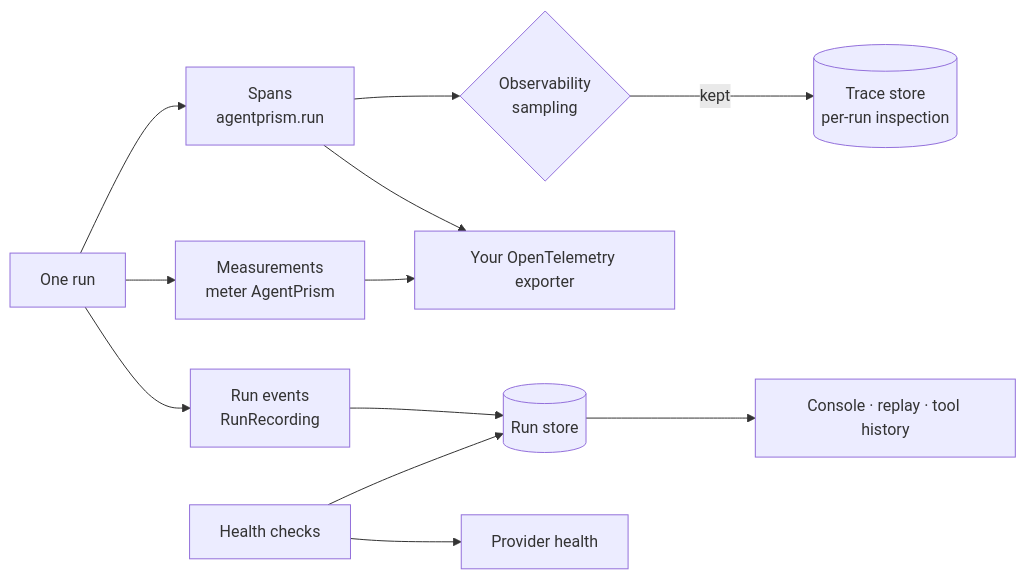
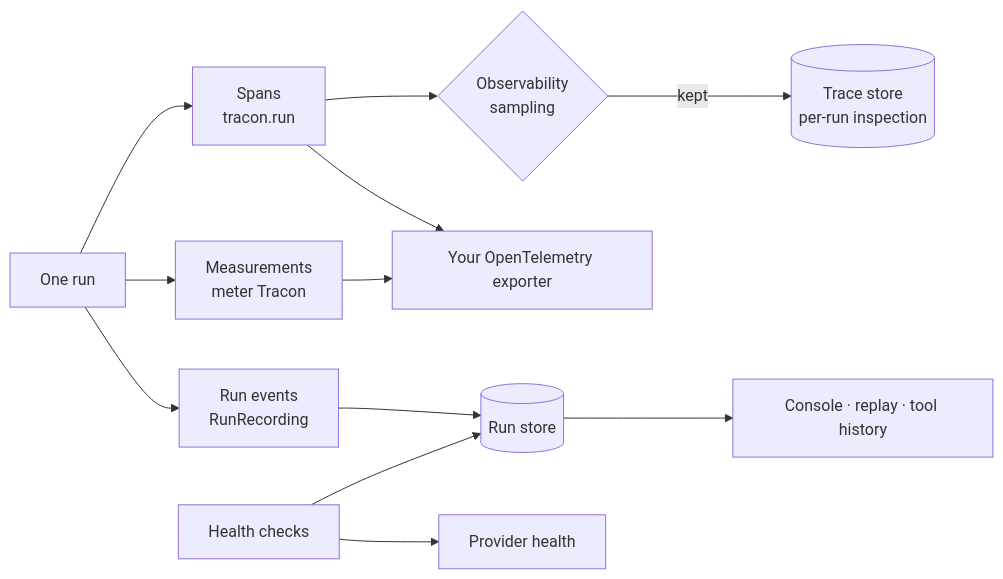
One commit to farukatasoy/Tracon changed the diagram in docs-site/src/content/docs/guides/observability.md. Above: the diagram before and after it, drawn with Mermaid. The commit also changed other lines of this file and 4170 other files, not shown here.

Commit message:
feat: rename the product from AgentPrism to Tracon

````diff
--- a/docs-site/src/content/docs/guides/observability.md
+++ b/docs-site/src/content/docs/guides/observability.md
@@ -14,16 +14,16 @@
 ```mermaid
 flowchart LR
     accTitle: Where each observability signal comes from and where it goes
     accDescr: One run emits events, spans, and measurements. Events go to the run store that the console and replay read. Spans go both to your OpenTelemetry exporter and, when sampling selects them, to the internal trace store. Measurements go to the meter. Health checks read storage and providers separately.
     RUN["One run"] --> EV["Run events<br/>RunRecording"]
-    RUN --> SPAN["Spans<br/>agentprism.run"]
-    RUN --> MET["Measurements<br/>meter AgentPrism"]
+    RUN --> SPAN["Spans<br/>tracon.run"]
+    RUN --> MET["Measurements<br/>meter Tracon"]
     EV --> STORE[("Run store")]
     STORE --> UI["Console · replay · tool history"]
     SPAN --> OTLP["Your OpenTelemetry exporter"]
     SPAN --> SAMP{"Observability<br/>sampling"}
     SAMP -->|kept| TRACE[("Trace store<br/>per-run inspection")]
     MET --> OTLP
     HEALTH["Health checks"] --> STORE
     HEALTH --> PROV["Provider health"]
 ```
````
